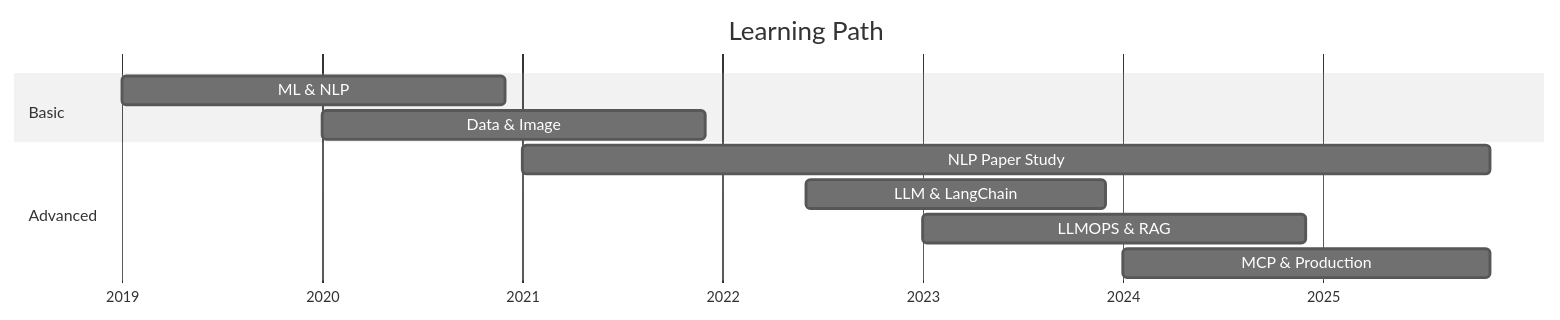
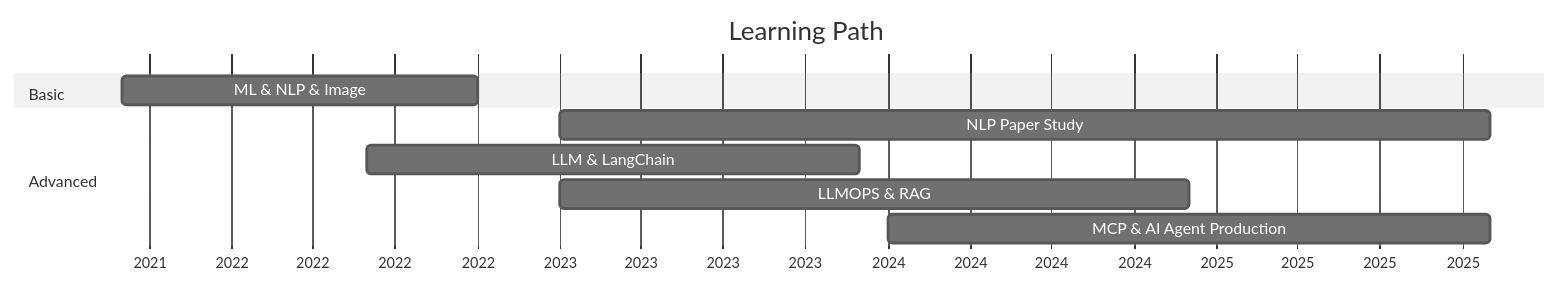
The diagram in README.md (SunCreation/SunCreation), drawn with Mermaid (neutral theme) before and after one commit. The commit also changed other lines of this file, not shown here.

Commit message:
real data

````diff
--- a/README.md
+++ b/README.md
@@ -94,14 +95,13 @@
 ```mermaid
 gantt
     title Learning Path
     dateFormat  YYYY-MM
     axisFormat  %Y
     section Basic
-    ML & NLP           :2019-01, 2020-12
-    Data & Image       :2020-01, 2021-12
+    ML & NLP & Image   :2021-09, 2022-10
     section Advanced
-    NLP Paper Study    :2021-01, 2025-11
+    NLP Paper Study    :2023-01, 2025-11
     LLM & LangChain    :2022-06, 2023-12
     LLMOPS & RAG       :2023-01, 2024-12
-    MCP & Production   :2024-01, 2025-11
+    MCP & AI Agent Production   :2024-01, 2025-11
 ```
````
